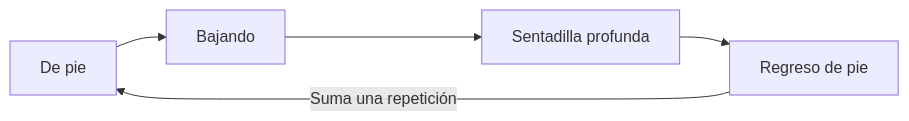
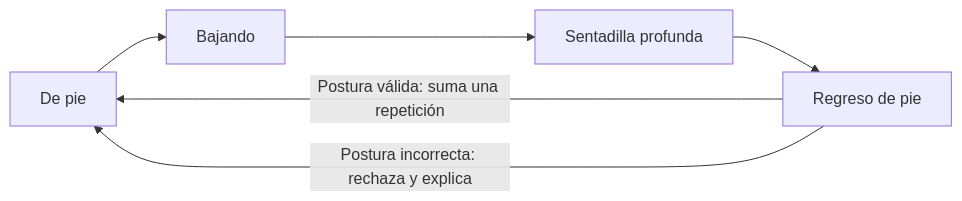
Before and after one commit to epimient/proyectoPattyDoc: the fourth of 4 diagrams in DESING.md, drawn with Mermaid. The commit also changed other lines of this file and 6 other files, not shown here.

````diff
--- a/DESING.md
+++ b/DESING.md
@@ -303,7 +303,8 @@
 ```mermaid
 flowchart LR
     A[De pie] --> B[Bajando]
     B --> C[Sentadilla profunda]
     C --> D[Regreso de pie]
-    D -->|Suma una repetición| A
+    D -->|Postura válida: suma una repetición| A
+    D -->|Postura incorrecta: rechaza y explica| A
 ```
````
